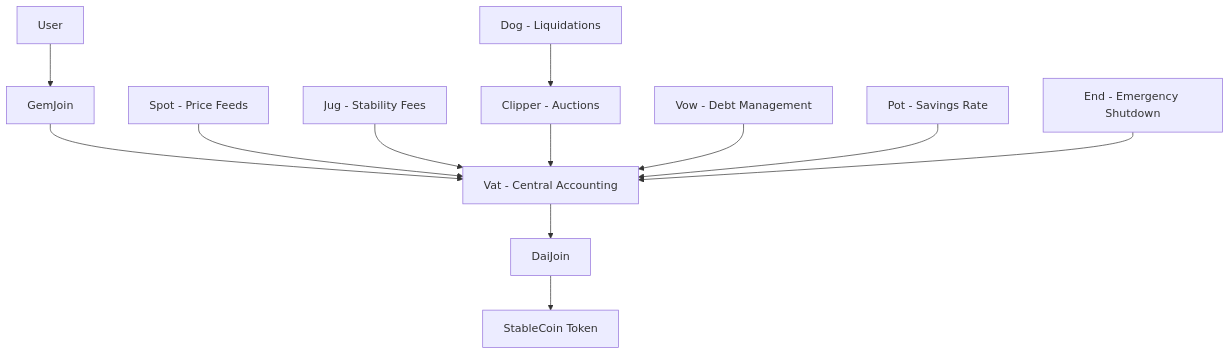
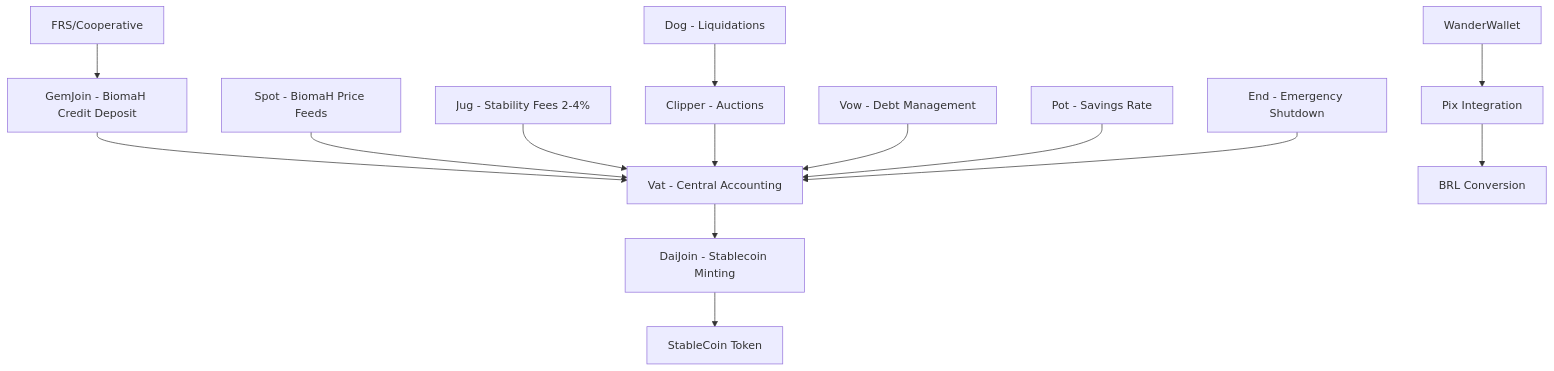
One commit to TerexitariusStomp/Mutiraon changed the diagram in README.md. Above: the diagram before and after it, drawn with Mermaid. The commit also changed other lines of this file, not shown here.

First line of the commit message:
Update README.md with comprehensive impact-backed stablecoin documentation

````diff
--- a/README.md
+++ b/README.md
@@ -42,16 +215,19 @@
 ```mermaid
 graph TD
-    A[User] --> B[GemJoin]
+    A[FRS/Cooperative] --> B[GemJoin - BiomaH Credit Deposit]
     B --> C[Vat - Central Accounting]
-    C --> D[DaiJoin]
+    C --> D[DaiJoin - Stablecoin Minting]
     D --> E[StableCoin Token]
-    
-    F[Spot - Price Feeds] --> C
-    G[Jug - Stability Fees] --> C
+
+    F[Spot - BiomaH Price Feeds] --> C
+    G[Jug - Stability Fees 2-4%] --> C
     H[Dog - Liquidations] --> I[Clipper - Auctions]
     I --> C
-    
+
     J[Vow - Debt Management] --> C
     K[Pot - Savings Rate] --> C
     L[End - Emergency Shutdown] --> C
+
+    M[WanderWallet] --> N[Pix Integration]
+    N --> O[BRL Conversion]
 ```
````
